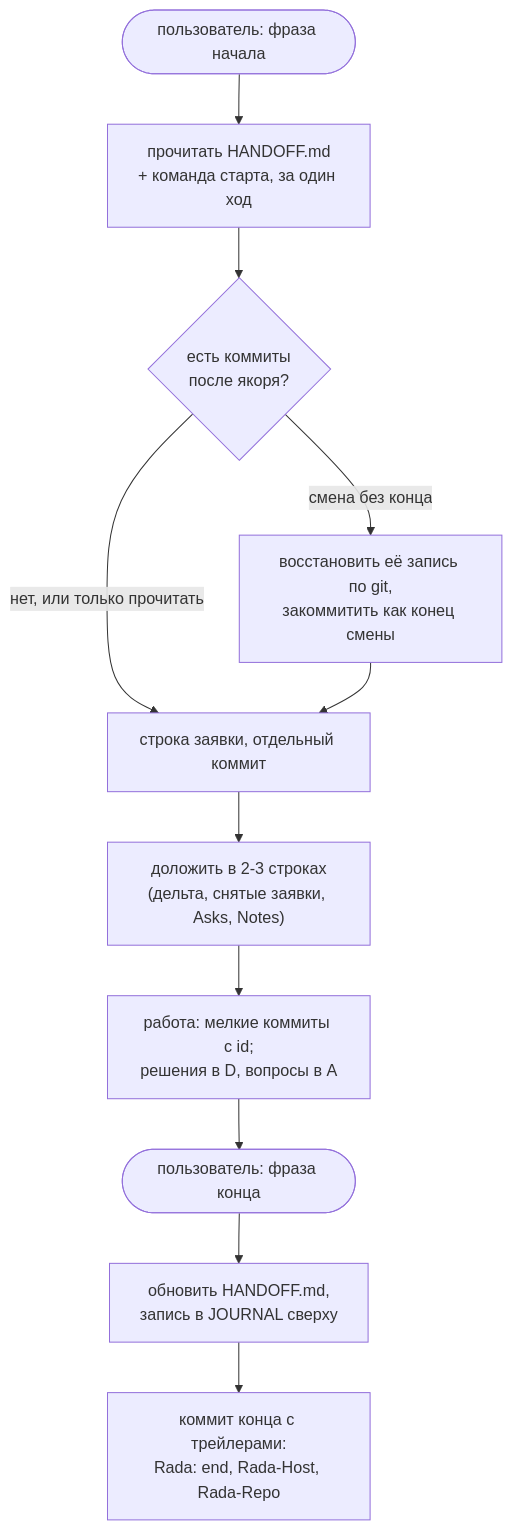
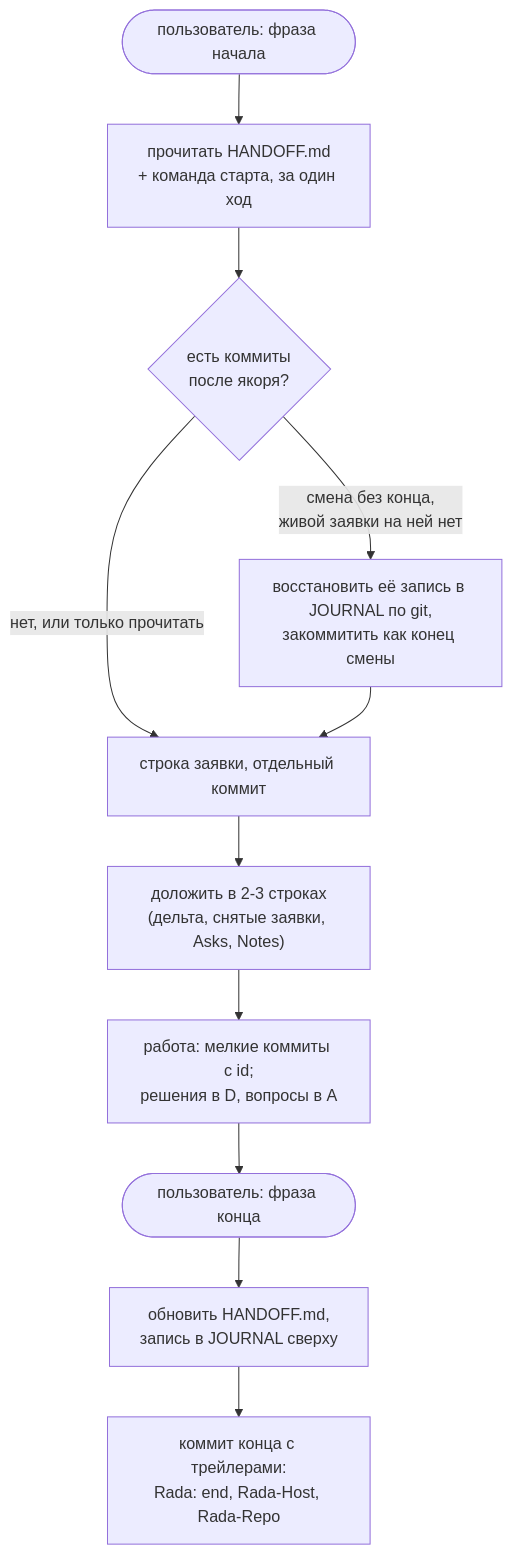
Before and after one commit to kewl-ua/rada-anchor: the diagram in README.ru.md, drawn with Mermaid. The commit also changed other lines of this file and 6 other files, not shown here.

````diff
--- a/README.ru.md
+++ b/README.ru.md
@@ -124,13 +126,13 @@
 ```mermaid
 flowchart TD
     A(["пользователь: фраза начала"]) --> B["прочитать HANDOFF.md<br/>+ команда старта, за один ход"]
     B --> C{"есть коммиты<br/>после якоря?"}
-    C -- "смена без конца" --> R["восстановить её запись по git,<br/>закоммитить как конец смены"]
+    C -- "смена без конца,<br/>живой заявки на ней нет" --> R["восстановить её запись в JOURNAL по git,<br/>закоммитить как конец смены"]
     C -- "нет, или только прочитать" --> D["строка заявки, отдельный коммит"]
     R --> D
     D --> E["доложить в 2-3 строках<br/>(дельта, снятые заявки, Asks, Notes)"]
     E --> F["работа: мелкие коммиты с id;<br/>решения в D, вопросы в A"]
     F --> G(["пользователь: фраза конца"])
     G --> H["обновить HANDOFF.md,<br/>запись в JOURNAL сверху"]
     H --> I["коммит конца с трейлерами:<br/>Rada: end, Rada-Host, Rada-Repo"]
 ```
````
